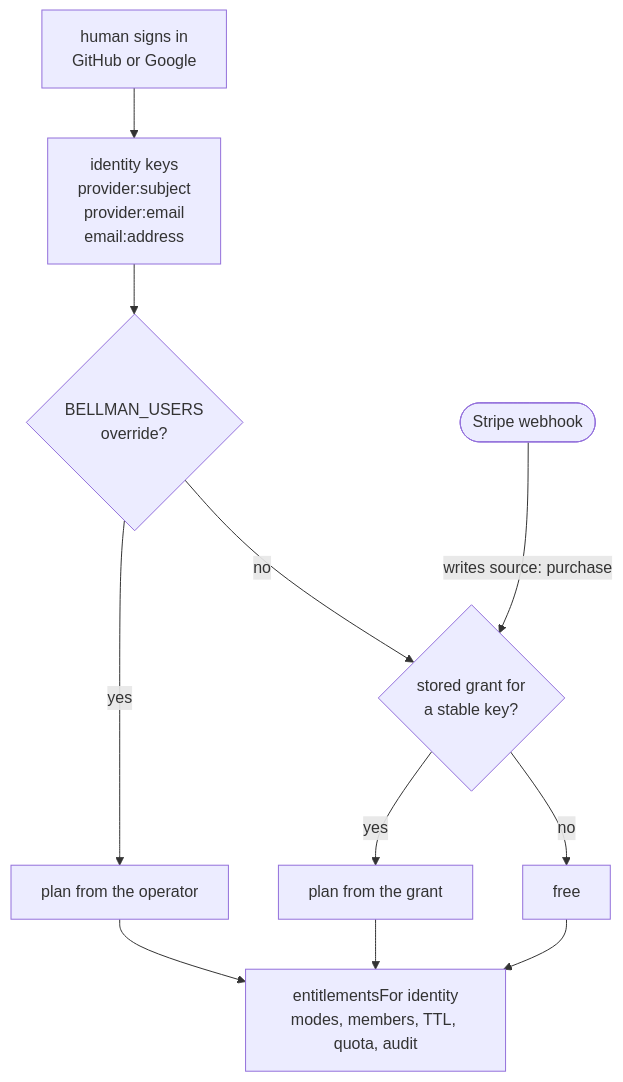
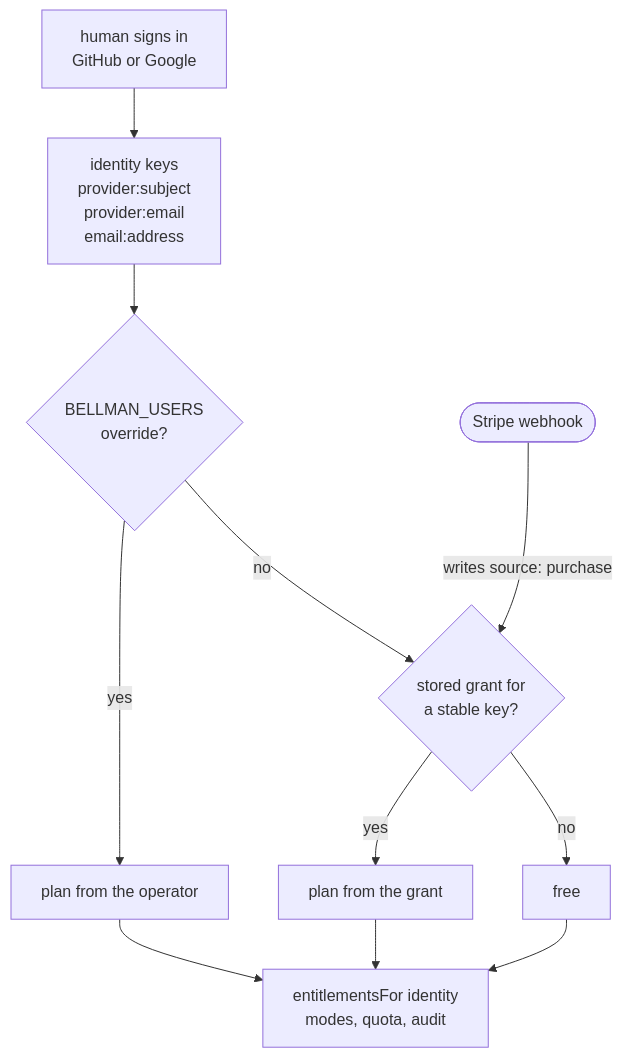
The fifth of 7 diagrams in docs/ARCHITECTURE.md (bellman-sh/bellman), drawn with Mermaid before and after one commit. The commit also changed other lines of this file and 7 other files, not shown here.

````diff
--- a/docs/ARCHITECTURE.md
+++ b/docs/ARCHITECTURE.md
@@ -616,16 +617,16 @@
 ```mermaid
 flowchart TB
     START["human signs in<br/>GitHub or Google"] --> KEYS["identity keys<br/>provider:subject<br/>provider:email<br/>email:address"]
     KEYS --> O{"BELLMAN_USERS<br/>override?"}
     O -->|yes| OPER["plan from the operator"]
     O -->|no| G{"stored grant for<br/>a stable key?"}
     G -->|yes| GRANT["plan from the grant"]
     G -->|no| FREE["free"]
 
     OPER --> ENT
     GRANT --> ENT
     FREE --> ENT
-    ENT["entitlementsFor identity<br/>modes, members, TTL, quota, audit"]
+    ENT["entitlementsFor identity<br/>modes, quota, audit"]
 
     STRIPE(["Stripe webhook"]) -->|"writes source: purchase"| G
 ```
````
